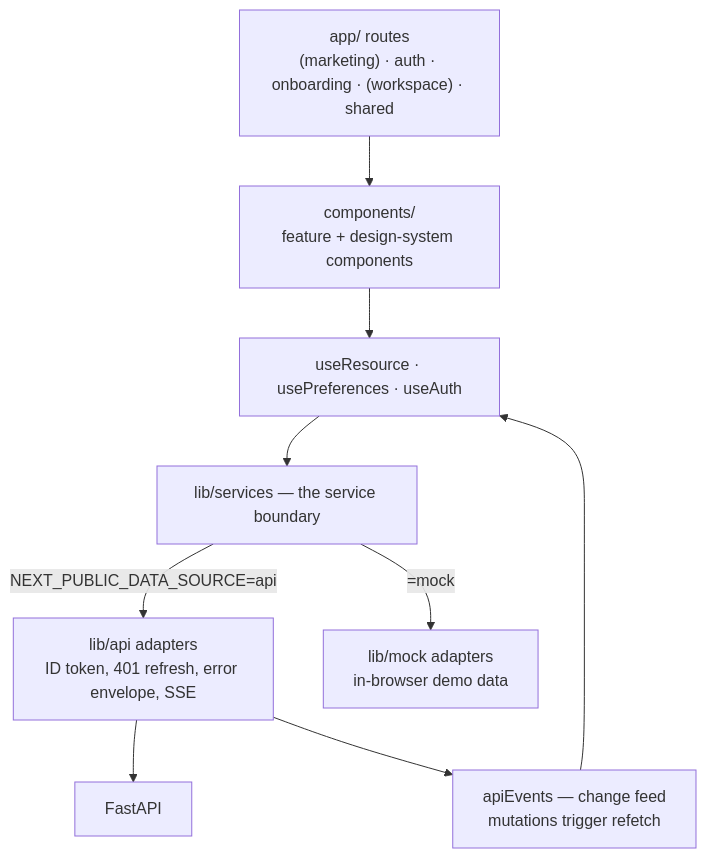
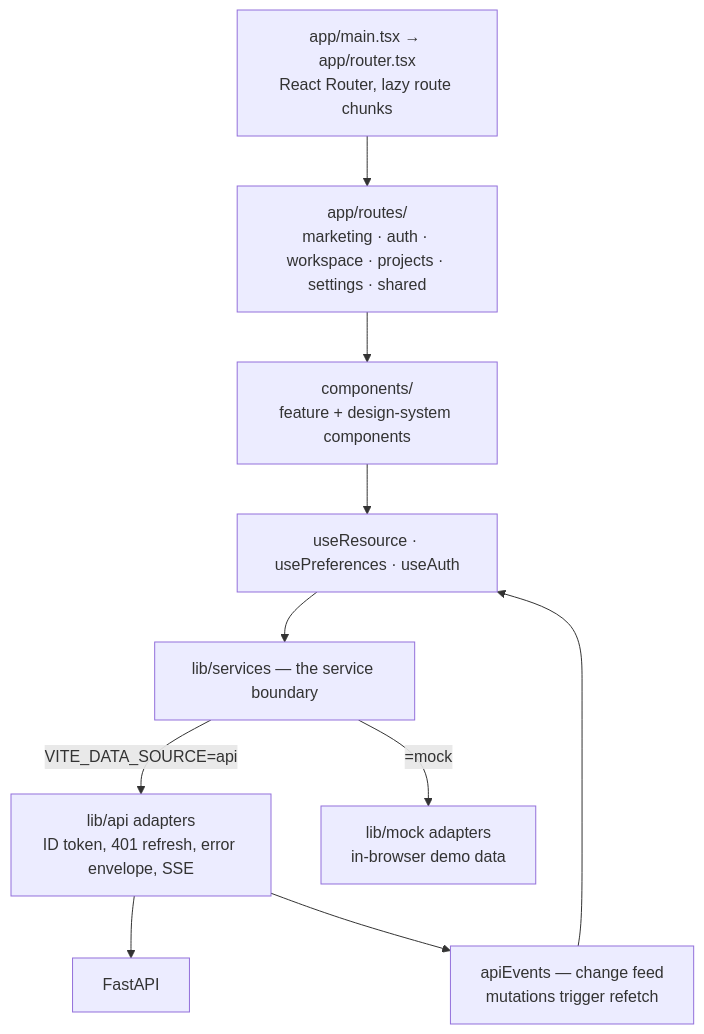
One commit to Nakshatra480/Pramaan-AI changed the ninth of 10 diagrams in README.md. Above: the diagram before and after it, drawn with Mermaid. The commit also changed other lines of this file and 180 other files, not shown here.

Commit message:
feat: migrate frontend to Vite and React Router, add voice input and report narration

````diff
--- a/README.md
+++ b/README.md
@@ -354,11 +359,12 @@
 ```mermaid
 flowchart TD
-    PAGES["app/ routes<br/>(marketing) · auth · onboarding · (workspace) · shared"] --> COMP["components/<br/>feature + design-system components"]
+    MAIN["app/main.tsx → app/router.tsx<br/>React Router, lazy route chunks"] --> PAGES
+    PAGES["app/routes/<br/>marketing · auth · workspace · projects · settings · shared"] --> COMP["components/<br/>feature + design-system components"]
     COMP --> HOOKS["useResource · usePreferences · useAuth"]
     HOOKS --> SVC["lib/services — the service boundary"]
-    SVC -->|NEXT_PUBLIC_DATA_SOURCE=api| APIAD["lib/api adapters<br/>ID token, 401 refresh, error envelope, SSE"]
+    SVC -->|VITE_DATA_SOURCE=api| APIAD["lib/api adapters<br/>ID token, 401 refresh, error envelope, SSE"]
     SVC -->|=mock| MOCK["lib/mock adapters<br/>in-browser demo data"]
     APIAD --> BACKEND["FastAPI"]
     APIAD --> EVENTS["apiEvents — change feed<br/>mutations trigger refetch"]
     EVENTS --> HOOKS
 ```
````
